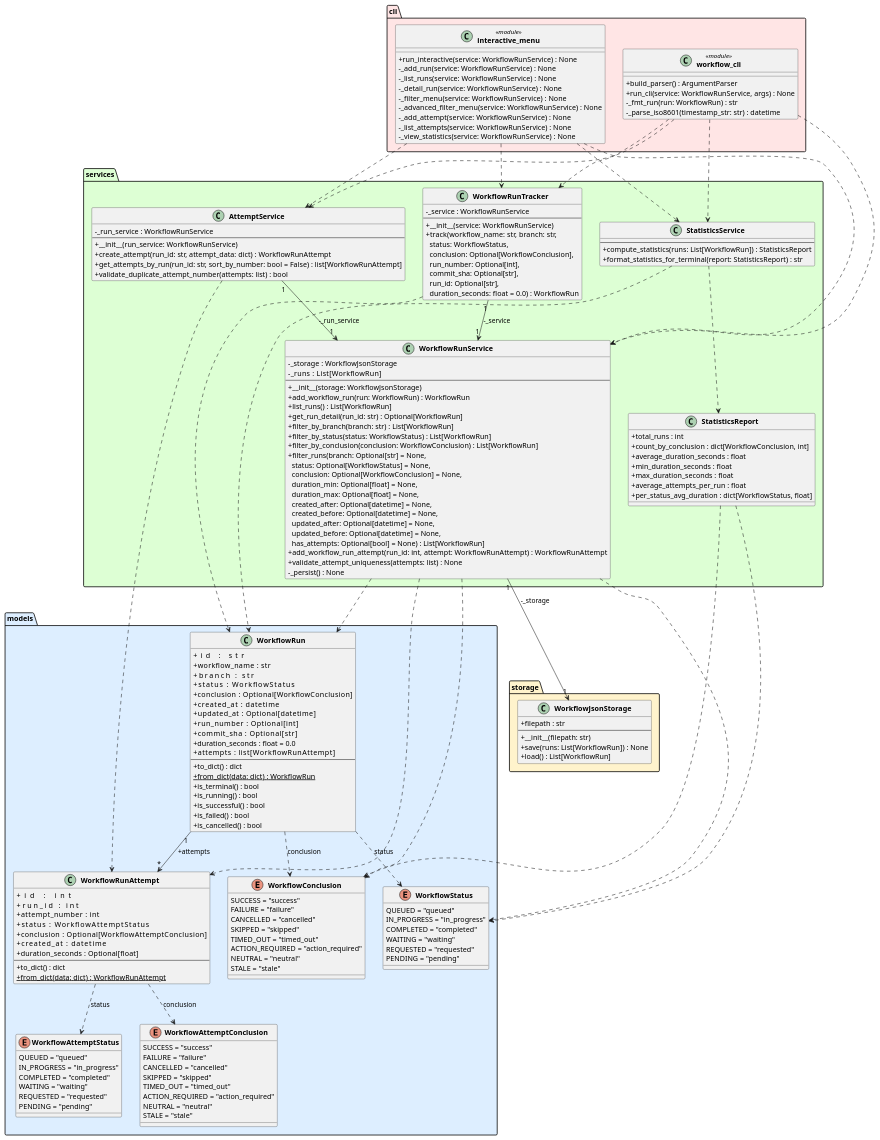
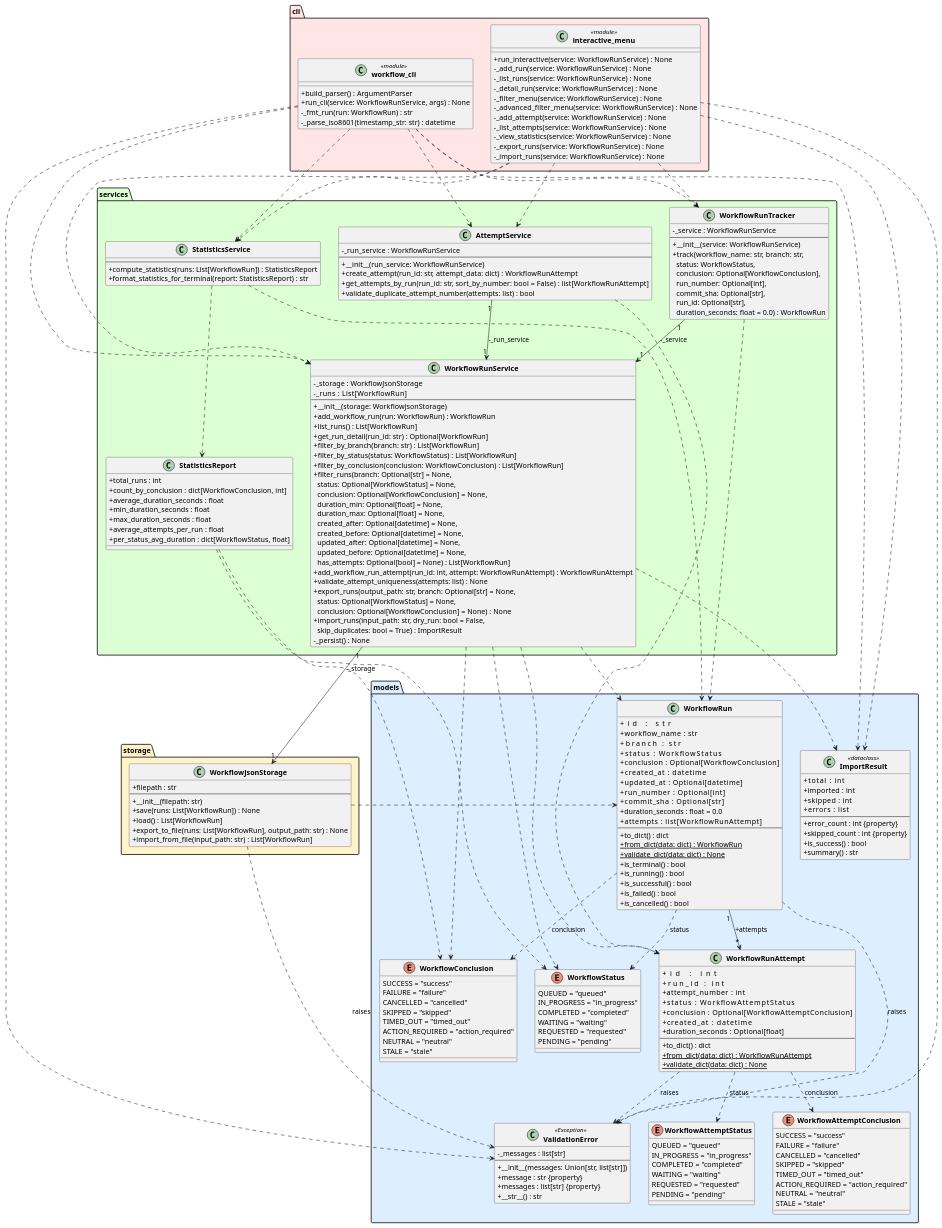
One commit to DanielRiha8906/Software_autoevolution_using_agents changed the diagram in experiments/supervisor_as_tools/user_stories/github-workflow-manager/artifacts/class_diagram.puml. Above: the diagram before and after it, drawn with PlantUML. The commit also changed 13 other files, not shown here.

```diff
--- a/experiments/supervisor_as_tools/user_stories/github-workflow-manager/artifacts/class_diagram.puml
+++ b/experiments/supervisor_as_tools/user_stories/github-workflow-manager/artifacts/class_diagram.puml
@@ -59,6 +59,7 @@
         --
         +to_dict() : dict
         +{static} from_dict(data: dict) : WorkflowRun
+        +{static} validate_dict(data: dict) : None
         +is_terminal() : bool
         +is_running() : bool
         +is_successful() : bool
@@ -77,6 +78,28 @@
         --
         +to_dict() : dict
         +{static} from_dict(data: dict) : WorkflowRunAttempt
+        +{static} validate_dict(data: dict) : None
+    }
+
+    class ValidationError <<Exception>> {
+        -_messages : list[str]
+        --
+        +__init__(messages: Union[str, list[str]])
+        +message : str {property}
+        +messages : list[str] {property}
+        +__str__() : str
+    }
+
+    class ImportResult <<dataclass>> {
+        +total     : int
+        +imported  : int
+        +skipped   : int
+        +errors    : list
+        --
+        +error_count : int {property}
+        +skipped_count : int {property}
+        +is_success() : bool
+        +summary() : str
     }
 }
 
@@ -87,6 +110,8 @@
         +__init__(filepath: str)
         +save(runs: List[WorkflowRun]) : None
         +load() : List[WorkflowRun]
+        +export_to_file(runs: List[WorkflowRun], output_path: str) : None
+        +import_from_file(input_path: str) : List[WorkflowRun]
     }
 }
 
@@ -114,6 +139,8 @@
         +filter_runs(branch: Optional[str] = None,\n  status: Optional[WorkflowStatus] = None,\n  conclusion: Optional[WorkflowConclusion] = None,\n  duration_min: Optional[float] = None,\n  duration_max: Optional[float] = None,\n  created_after: Optional[datetime] = None,\n  created_before: Optional[datetime] = None,\n  updated_after: Optional[datetime] = None,\n  updated_before: Optional[datetime] = None,\n  has_attempts: Optional[bool] = None) : List[WorkflowRun]
         +add_workflow_run_attempt(run_id: int, attempt: WorkflowRunAttempt) : WorkflowRunAttempt
         +validate_attempt_uniqueness(attempts: list) : None
+        +export_runs(output_path: str, branch: Optional[str] = None,\n  status: Optional[WorkflowStatus] = None,\n  conclusion: Optional[WorkflowConclusion] = None) : None
+        +import_runs(input_path: str, dry_run: bool = False,\n  skip_duplicates: bool = True) : ImportResult
         -_persist() : None
     }
 
@@ -158,19 +185,26 @@
         -_add_attempt(service: WorkflowRunService) : None
         -_list_attempts(service: WorkflowRunService) : None
         -_view_statistics(service: WorkflowRunService) : None
+        -_export_runs(service: WorkflowRunService) : None
+        -_import_runs(service: WorkflowRunService) : None
     }
 }
 
 WorkflowRun                ..>  WorkflowStatus           : status
 WorkflowRun                ..>  WorkflowConclusion       : conclusion
 WorkflowRun            "1" --> "*" WorkflowRunAttempt    : +attempts
+WorkflowRun                ..>  ValidationError          : raises
 WorkflowRunAttempt         ..>  WorkflowAttemptStatus    : status
 WorkflowRunAttempt         ..>  WorkflowAttemptConclusion : conclusion
+WorkflowRunAttempt         ..>  ValidationError          : raises
+WorkflowJsonStorage        ..>  WorkflowRun
+WorkflowJsonStorage        ..>  ValidationError          : raises
 WorkflowRunService    "1" --> "1" WorkflowJsonStorage : -_storage
 WorkflowRunService         ..>  WorkflowRun
 WorkflowRunService         ..>  WorkflowStatus
 WorkflowRunService         ..>  WorkflowConclusion
 WorkflowRunService         ..>  WorkflowRunAttempt
+WorkflowRunService         ..>  ImportResult
 WorkflowRunTracker    "1" --> "1" WorkflowRunService  : -_service
 WorkflowRunTracker         ..>  WorkflowRun
 AttemptService       "1" --> "1" WorkflowRunService  : -_run_service
@@ -183,9 +217,13 @@
 "workflow_cli"             ..>  WorkflowRunTracker
 "workflow_cli"             ..>  AttemptService
 "workflow_cli"             ..>  StatisticsService
+"workflow_cli"             ..>  ImportResult
+"workflow_cli"             ..>  ValidationError
 "interactive_menu"         ..>  WorkflowRunService
 "interactive_menu"         ..>  WorkflowRunTracker
 "interactive_menu"         ..>  AttemptService
 "interactive_menu"         ..>  StatisticsService
+"interactive_menu"         ..>  ImportResult
+"interactive_menu"         ..>  ValidationError
 
 @enduml
```
